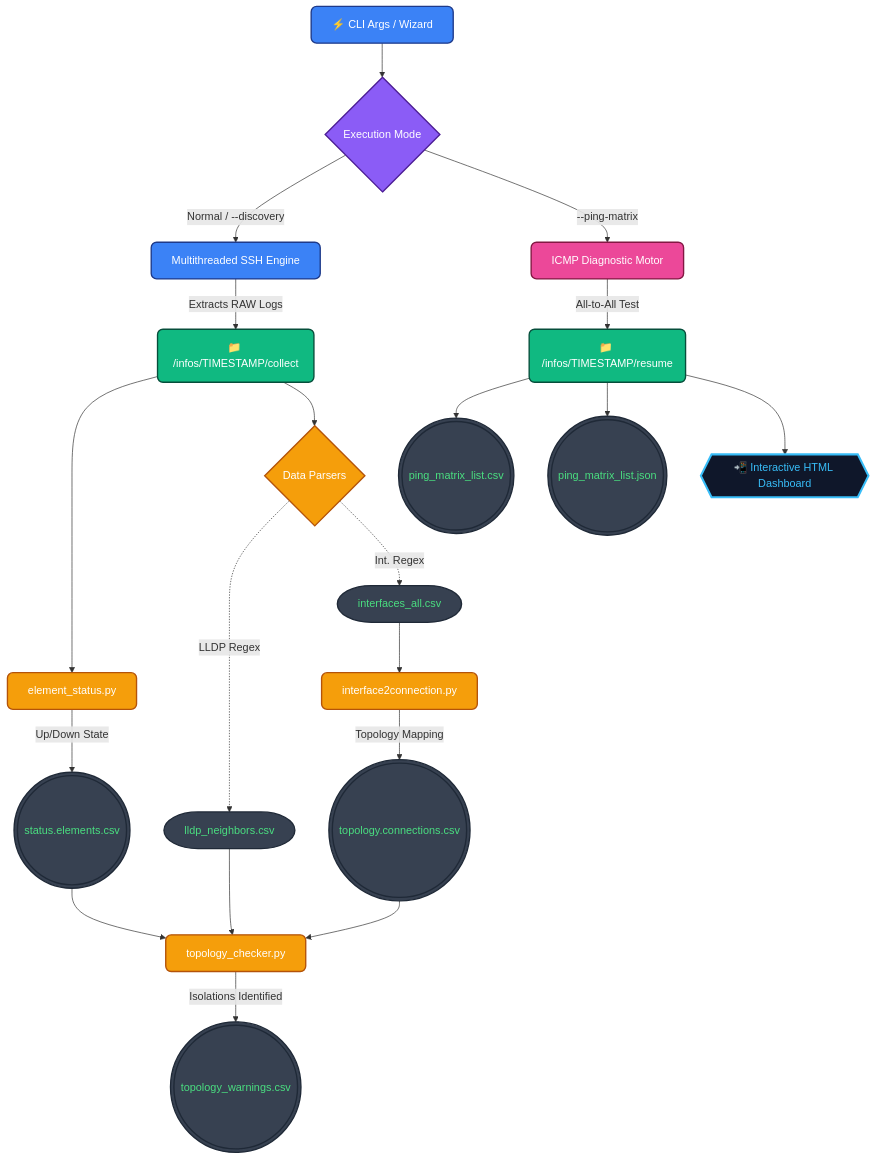
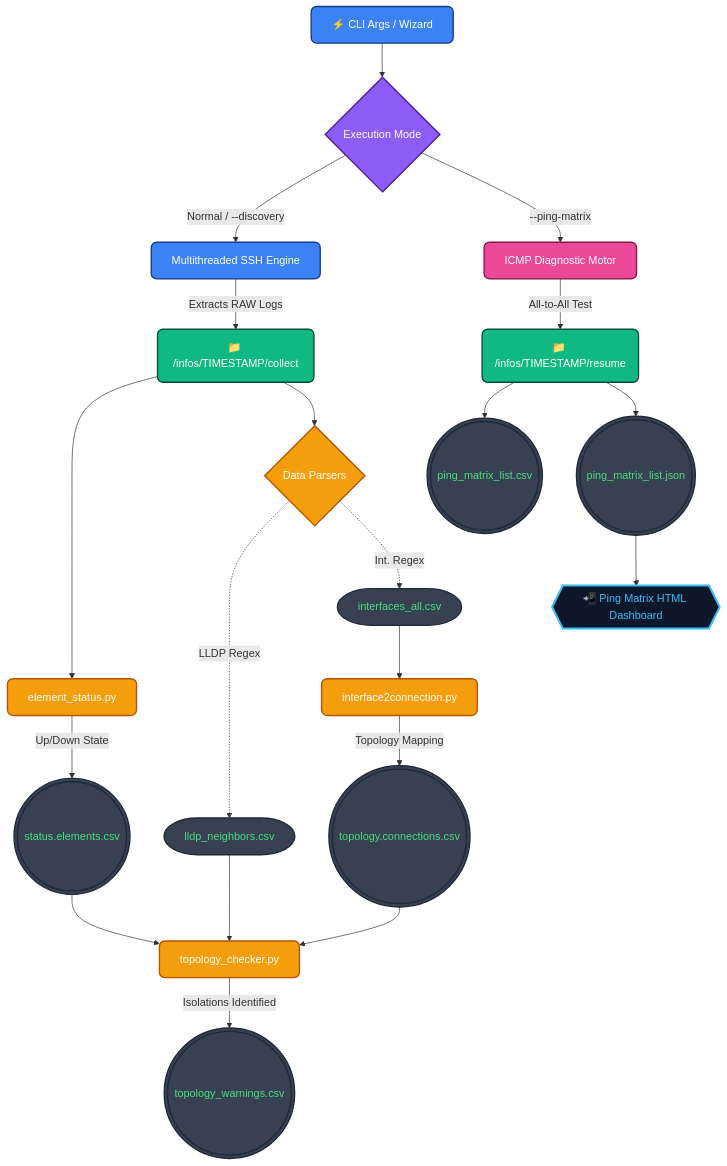
Before and after one commit to flashbsb/network-data-extractor: the diagram in README.md, drawn with Mermaid. The commit also changed other lines of this file and 3 other files, not shown here.

````diff
--- a/README.md
+++ b/README.md
@@ -26,40 +27,40 @@
 ```mermaid
 graph TD
     %% Styling Definitions
     classDef mainEngine fill:#3b82f6,stroke:#1e3a8a,stroke-width:2px,color:#fff,rx:8px,ry:8px;
     classDef branch fill:#8b5cf6,stroke:#4c1d95,stroke-width:2px,color:#fff,rx:8px,ry:8px;
     classDef module fill:#f59e0b,stroke:#b45309,stroke-width:2px,color:#fff,rx:8px,ry:8px;
     classDef pingmod fill:#ec4899,stroke:#831843,stroke-width:2px,color:#fff,rx:8px,ry:8px;
     classDef folder fill:#10b981,stroke:#064e3b,stroke-width:2px,color:#fff,rx:8px,ry:8px;
     classDef csvout fill:#374151,stroke:#1f2937,stroke-width:2px,color:#4ade80,rx:50px,ry:50px;
     classDef htmldash fill:#0f172a,stroke:#38bdf8,stroke-width:3px,color:#38bdf8,rx:5px,ry:5px;
 
     %% Entry
     A[⚡ CLI Args / Wizard]:::mainEngine --> B{Execution Mode}:::branch
     
     %% Branch 1: Normal Extraction
     B -->|Normal / --discovery| C[Multithreaded SSH Engine]:::mainEngine
     C -->|Extracts RAW Logs| D(📁 /infos/TIMESTAMP/collect):::folder
     
     D --> E[element_status.py]:::module
     E -->|Up/Down State| F(((status.elements.csv))):::csvout
     
     D --> G{Data Parsers}:::module
     G -.->|LLDP Regex| H[lldp_neighbors.csv]:::csvout
     G -.->|Int. Regex| I[interfaces_all.csv]:::csvout
     
     I --> J[interface2connection.py]:::module
     J -->|Topology Mapping| K(((topology.connections.csv))):::csvout
     
     K --> L[topology_checker.py]:::module
     H --> L
     F --> L
     L -->|Isolations Identified| M(((topology_warnings.csv))):::csvout
 
     %% Branch 2: Ping Matrix
     B -->|--ping-matrix| P[ICMP Diagnostic Motor]:::pingmod
     P -->|All-to-All Test| Q(📁 /infos/TIMESTAMP/resume):::folder
     Q --> R(((ping_matrix_list.csv))):::csvout
     Q --> S(((ping_matrix_list.json))):::csvout
-    Q --> T{{📲 Interactive HTML Dashboard}}:::htmldash
+    S --> T{{📲 Ping Matrix HTML Dashboard}}:::htmldash
 ```
````
